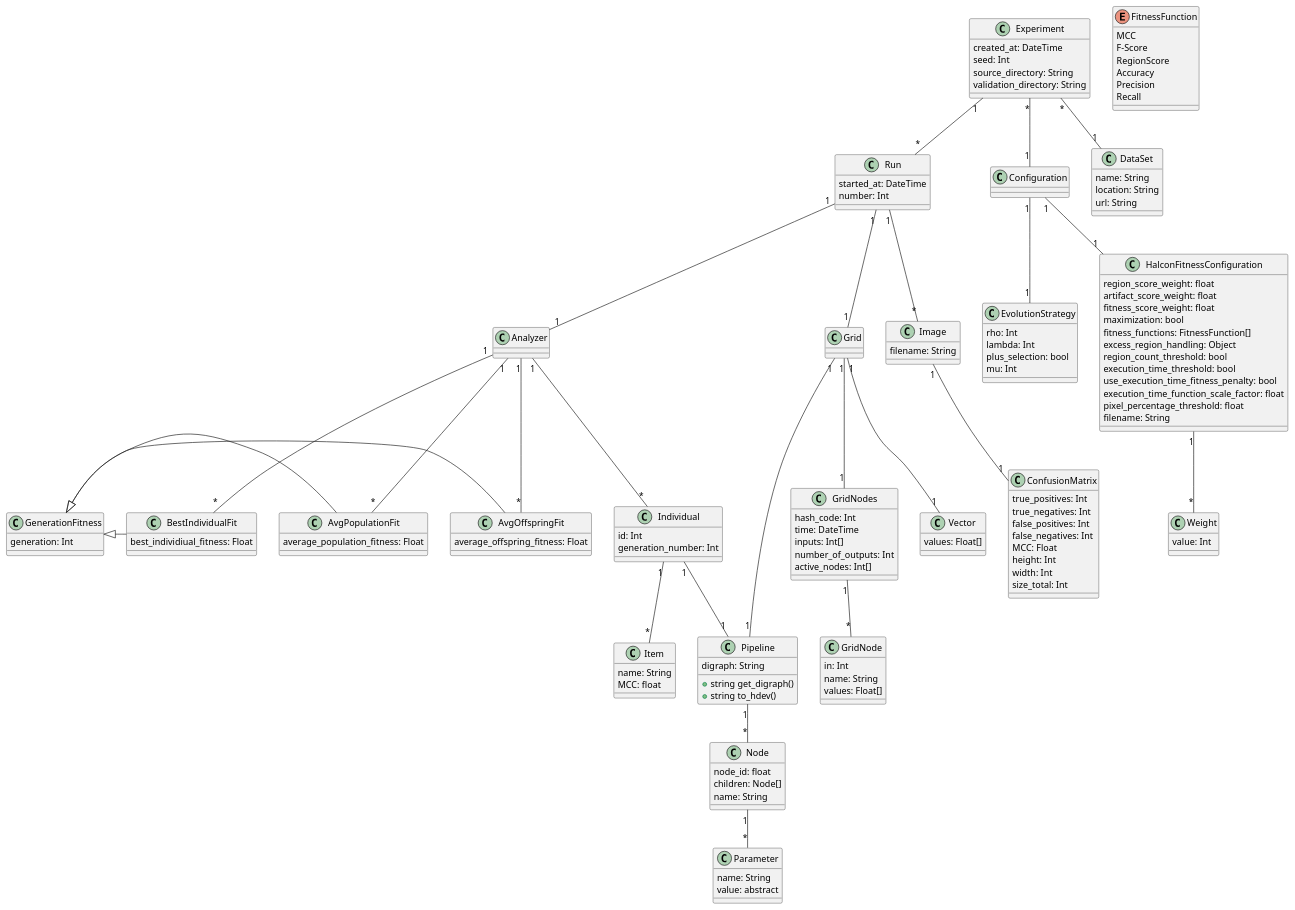
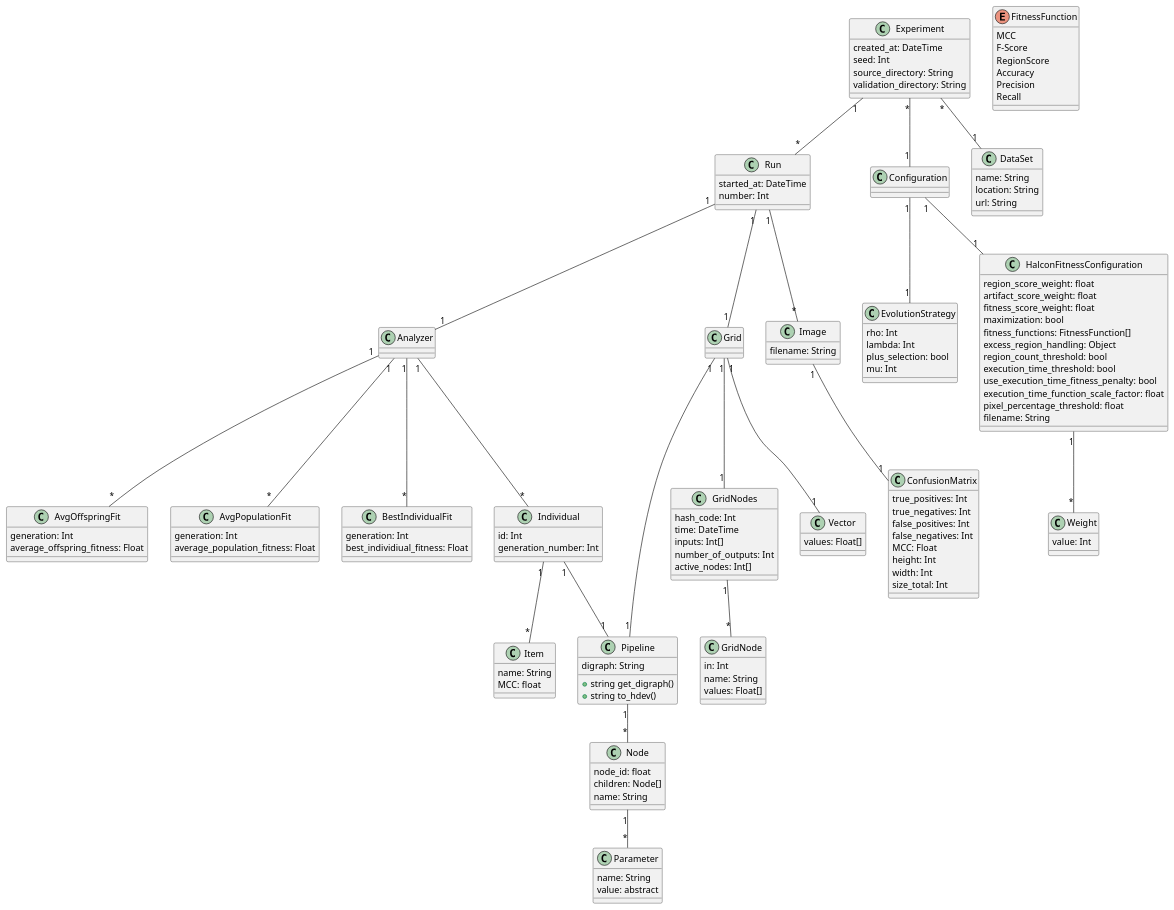
One commit to anmarchio/experiments changed the diagram in diagrams/DataModel.md. Above: the diagram before and after it, drawn with PlantUML.

```diff
--- a/diagrams/DataModel.md
+++ b/diagrams/DataModel.md
@@ -60,18 +60,18 @@
 
 class Analyzer
 
-class GenerationFitness {
+class AvgOffspringFit {
   generation: Int
-}
-class AvgOffspringFit {
   average_offspring_fitness: Float
 }
 
 class AvgPopulationFit {
+  generation: Int
   average_population_fitness: Float
 }
 
 class BestIndividualFit {
+  generation: Int
   best_individiual_fitness: Float
 }
 
@@ -139,9 +139,6 @@
 Experiment "*" -- "1" Configuration
 
 Run "1" -- "1" Analyzer
-GenerationFitness <|- AvgOffspringFit
-GenerationFitness <|- AvgPopulationFit
-GenerationFitness <|- BestIndividualFit
 
 Configuration "1" -- "1" HalconFitnessConfiguration
 Configuration "1" -- "1" EvolutionStrategy
```
